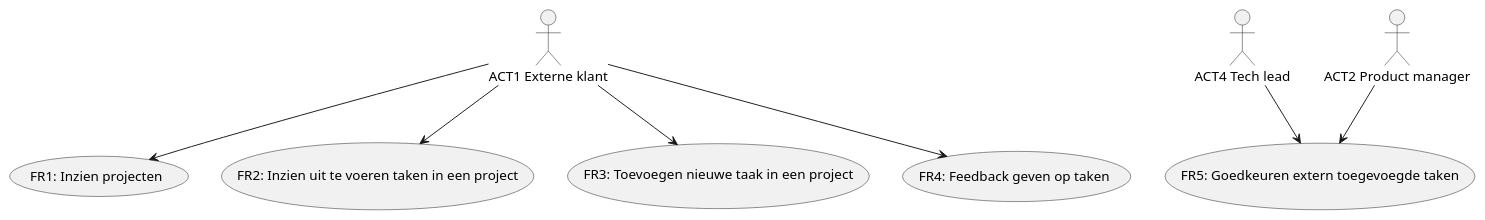
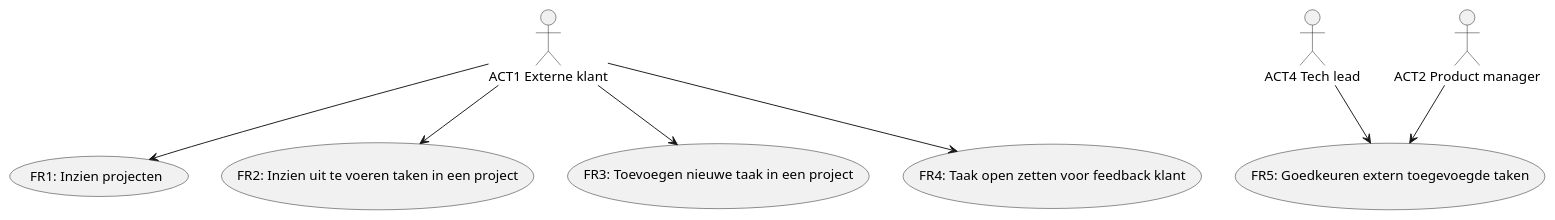
One commit to DCReceveur/pre-afstudeer-docs changed the second of 2 diagrams in FunctioneelOntwerp.md. Above: the diagram before and after it, drawn with PlantUML. The commit also changed other lines of this file and 1 other file, not shown here.

````diff
--- a/FunctioneelOntwerp.md
+++ b/FunctioneelOntwerp.md
@@ -192,21 +161,21 @@
 ```plantuml
 
 :ACT1 Externe klant: as klant
 :ACT4 Tech lead: as TL
 :ACT2 Product manager: as PM
 
 (FR1: Inzien projecten) as FR1
 (FR2: Inzien uit te voeren taken in een project) as FR2
 (FR3: Toevoegen nieuwe taak in een project) as FR3
-(FR4: Feedback geven op taken) as FR4
+(FR4: Taak open zetten voor feedback klant) as FR4
 (FR5: Goedkeuren extern toegevoegde taken) as FR5
 
 klant --> FR1
 klant --> FR2
 klant --> FR3
 klant -->FR4
 
 TL-->FR5
 PM-->FR5
 
 ```
````
